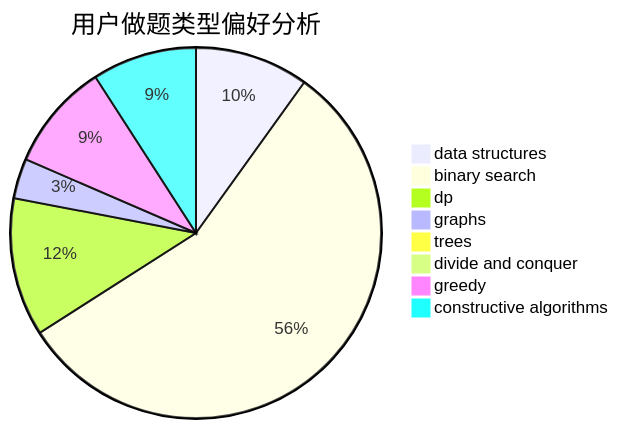
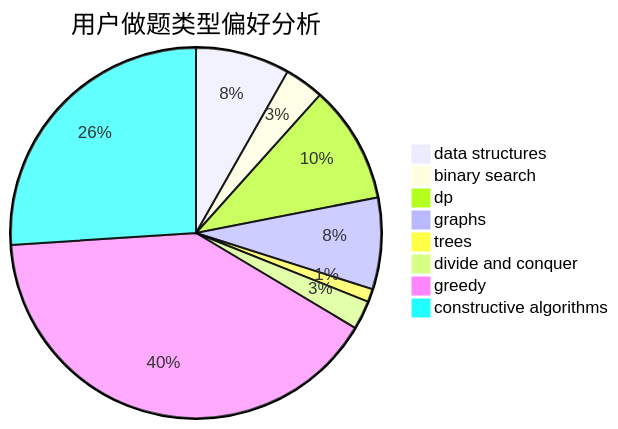
The second of 3 diagrams in docs/user/u1852.md (sherpahu/cfrs.github.io), drawn with Mermaid before and after one commit. The commit also changed other lines of this file and 2770 other files, not shown here.

````diff
--- a/docs/user/u1852.md
+++ b/docs/user/u1852.md
@@ -23,11 +23,11 @@
 ```mermaid
 pie title 用户做题类型偏好分析
-    "data structures" :  37
-    "binary search" :  209
+    "data structures" :  36
+    "binary search" :  15
     "dp" :  45
-    "graphs" :  13
-    "trees" :  3
-    "divide and conquer" :  0
-    "greedy" :  35
-    "constructive algorithms" :  34
+    "graphs" :  35
+    "trees" :  5
+    "divide and conquer" :  11
+    "greedy" :  177
+    "constructive algorithms" :  114
 ```
````
